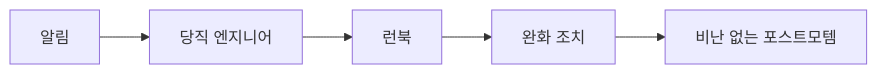
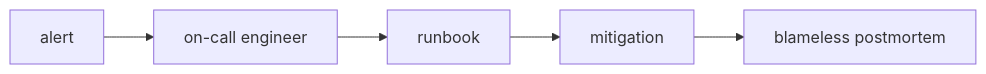
One commit to yeongseon-books/book-content changed the diagram in content/devops-101/ko/09-incident-and-oncall.md. Above: the diagram before and after it, drawn with Mermaid. The commit also changed other lines of this file and 9 other files, not shown here.

````diff
--- a/content/devops-101/ko/09-incident-and-oncall.md
+++ b/content/devops-101/ko/09-incident-and-oncall.md
@@ -53,7 +47,7 @@
 ```mermaid
 flowchart LR
-    Alert["알림"] --> OnCall["당직 엔지니어"]
-    OnCall --> Runbook["런북"]
-    Runbook --> Mitigate["완화 조치"]
-    Mitigate --> Postmortem["비난 없는 포스트모템"]
+    Alert["alert"] --> OnCall["on-call engineer"]
+    OnCall --> Runbook["runbook"]
+    Runbook --> Mitigate["mitigation"]
+    Mitigate --> Postmortem["blameless postmortem"]
 ```
````
